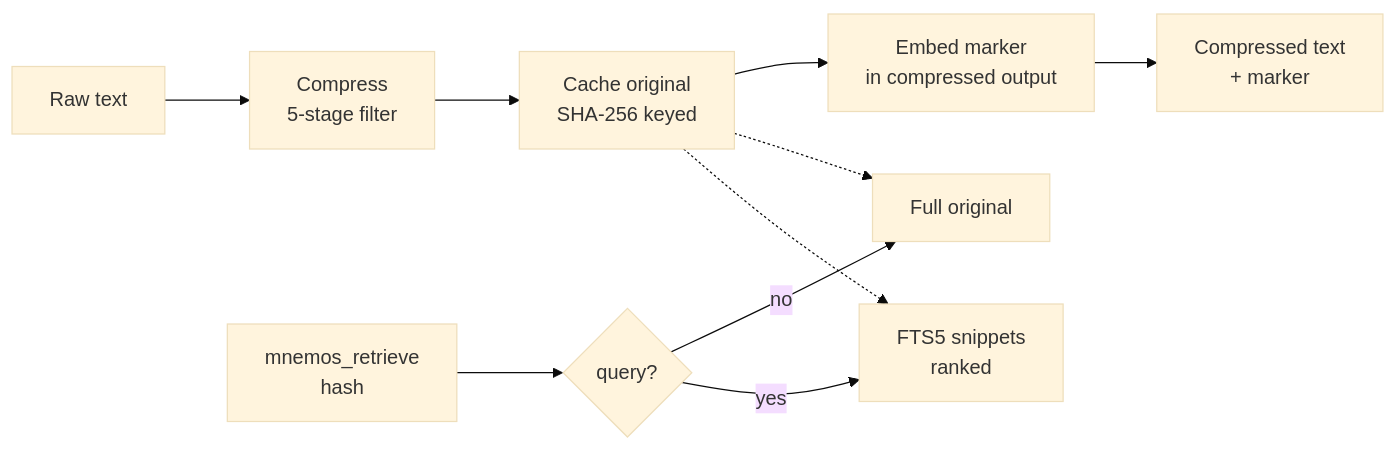
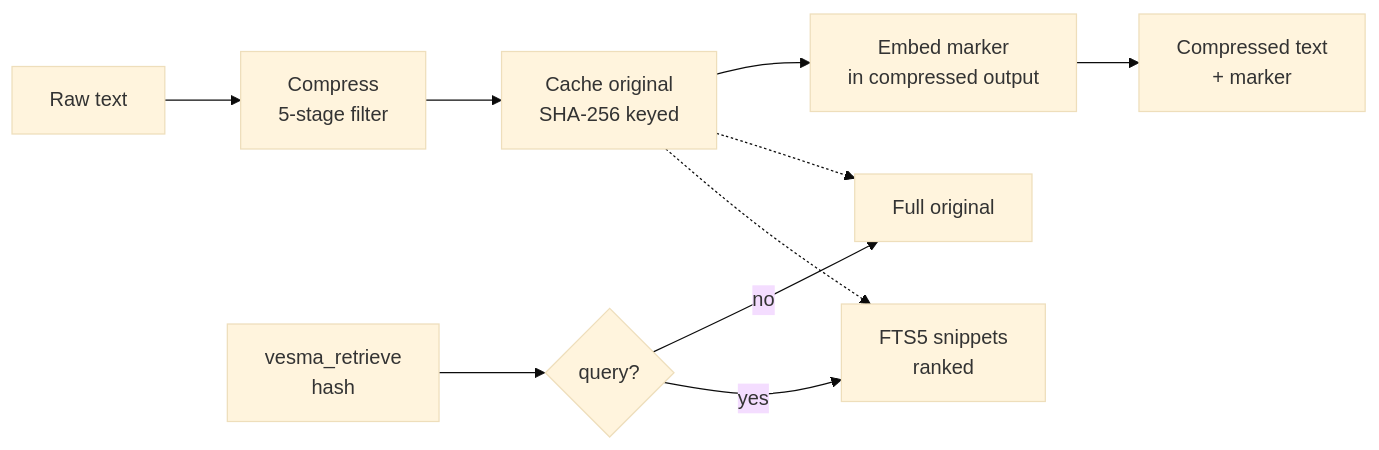
The first of 3 diagrams in viewer/src/features/docs/content/upstream/mnemos/en/architecture/overview.md (vesmaro/vesma-eyes), drawn with Mermaid (base theme) before and after one commit. The commit also changed other lines of this file and 76 other files, not shown here.

````diff
--- a/viewer/src/features/docs/content/upstream/mnemos/en/architecture/overview.md
+++ b/viewer/src/features/docs/content/upstream/mnemos/en/architecture/overview.md
@@ -118,12 +135,12 @@
 ```mermaid
 flowchart LR
     A[Raw text] --> B[Compress<br/>5-stage filter]
     B --> C[Cache original<br/>SHA-256 keyed]
     C --> D[Embed marker<br/>in compressed output]
     D --> E[Compressed text<br/>+ marker]
-    F[mnemos_retrieve<br/>hash] --> G{query?}
+    F[vesma_retrieve<br/>hash] --> G{query?}
     G -->|no| H[Full original]
     G -->|yes| I[FTS5 snippets<br/>ranked]
     C -.-> H
     C -.-> I
 ```
````
